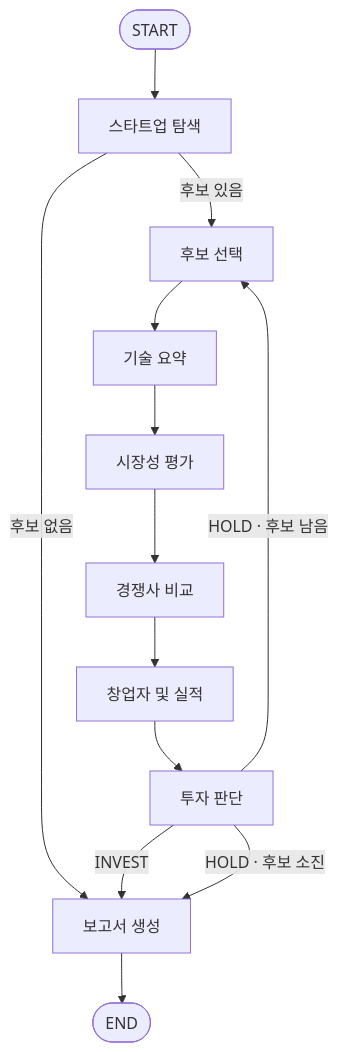
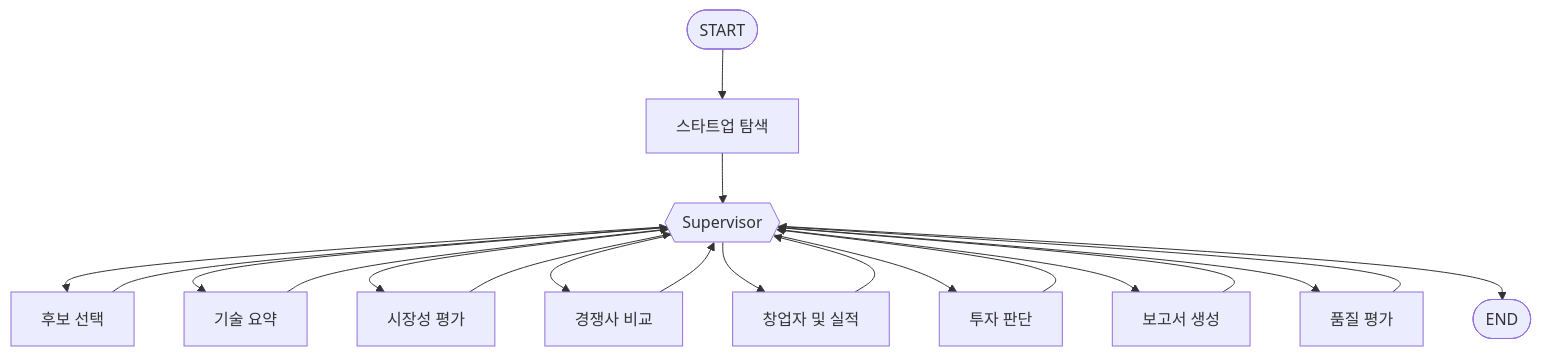
One commit to Kimjaeuk00/VentureSignal changed the diagram in README.md. Above: the diagram before and after it, drawn with Mermaid. The commit also changed other lines of this file and 4 other files, not shown here.

````diff
--- a/README.md
+++ b/README.md
@@ -30,11 +159,22 @@
 ```mermaid
 flowchart TD
     START([START]) --> SEARCH[스타트업 탐색]
-    SEARCH -- 후보 있음 --> SELECT[후보 선택]
-    SEARCH -- 후보 없음 --> REPORT[보고서 생성]
-    SELECT --> TECH[기술 요약] --> MARKET[시장성 평가] --> COMP[경쟁사 비교] --> TEAM[창업자 및 실적] --> DECIDE[투자 판단]
-    DECIDE -- INVEST --> REPORT
-    DECIDE -- HOLD · 후보 남음 --> SELECT
-    DECIDE -- HOLD · 후보 소진 --> REPORT
-    REPORT --> END([END])
+    SEARCH --> SUP{{Supervisor}}
+    SUP --> SELECT[후보 선택]
+    SUP --> TECH[기술 요약]
+    SUP --> MARKET[시장성 평가]
+    SUP --> COMP[경쟁사 비교]
+    SUP --> TEAM[창업자 및 실적]
+    SUP --> DECIDE[투자 판단]
+    SUP --> REPORT[보고서 생성]
+    SUP --> QC[품질 평가]
+    SELECT --> SUP
+    TECH --> SUP
+    MARKET --> SUP
+    COMP --> SUP
+    TEAM --> SUP
+    DECIDE --> SUP
+    REPORT --> SUP
+    QC --> SUP
+    SUP --> END([END])
 ```
````
